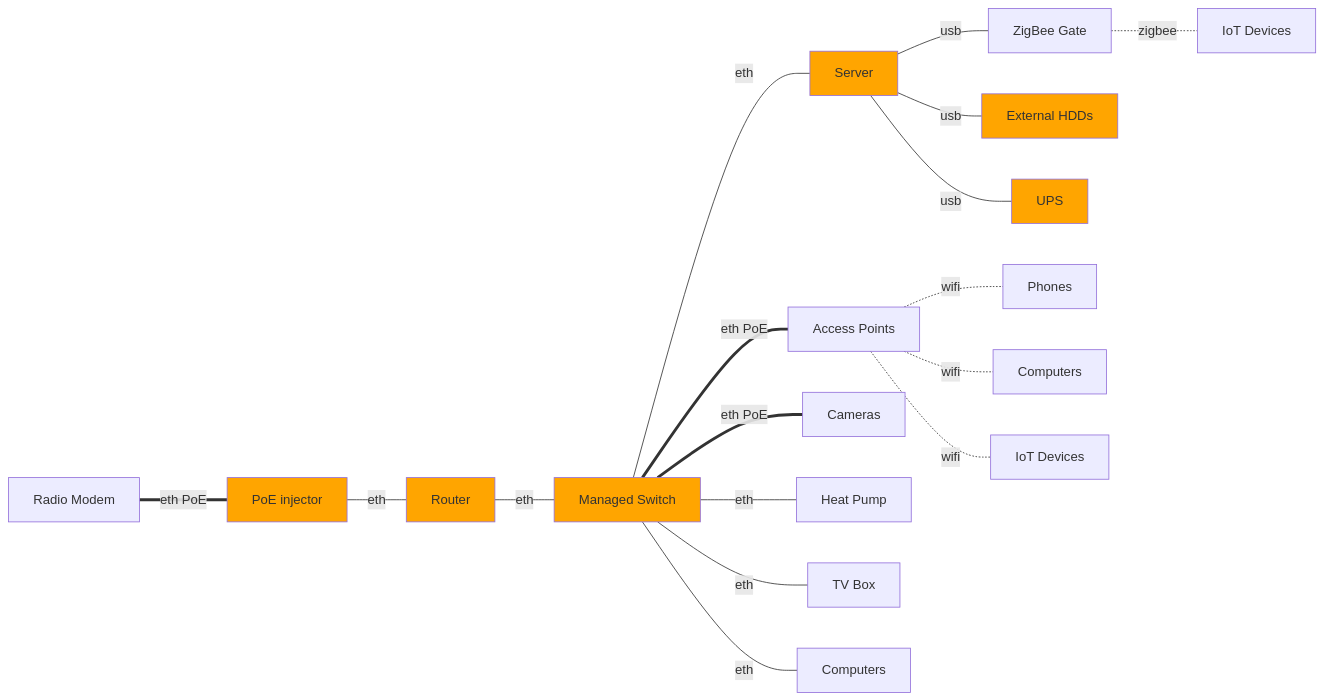
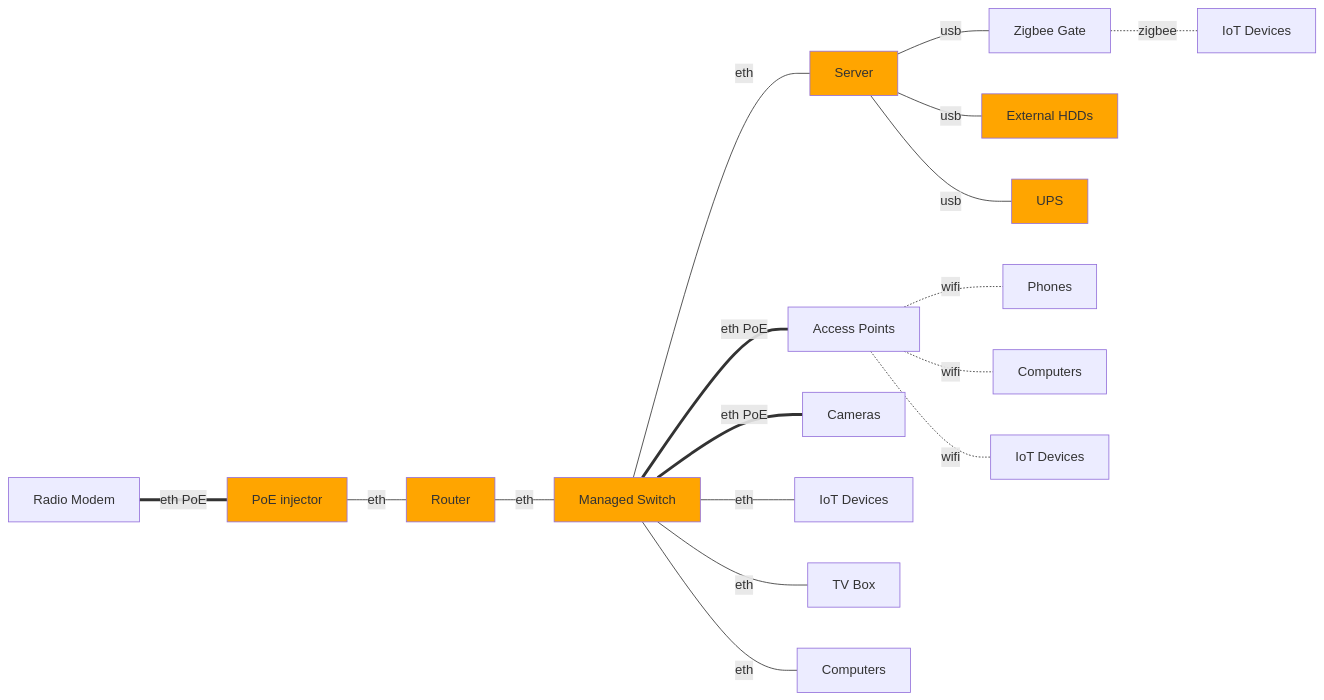
The diagram in _posts/2024-06-30-homlab-hardware.md (mkuthan/mkuthan.github.io), drawn with Mermaid before and after one commit. The commit also changed other lines of this file and 20 other files, not shown here.

````diff
--- a/_posts/2024-06-30-homlab-hardware.md
+++ b/_posts/2024-06-30-homlab-hardware.md
@@ -80,25 +88,25 @@
 ```mermaid
 flowchart LR
     modem[Radio Modem] == eth PoE === poe[PoE injector]:::rack
     poe -- eth --- router[Router]:::rack
     router -- eth --- switch[Managed Switch]:::rack
 
     switch -- eth --- server[Server]:::rack
     switch == eth PoE === aps[Access Points]
     switch == eth PoE === cameras[Cameras]
-    switch -- eth --- heatpump[Heat Pump]
+    switch -- eth --- iot_lan[IoT Devices]
     switch -- eth --- tv[TV Box]
     switch -- eth --- computers_eth[Computers]
 
-    server -- usb --- zigbee[ZigBee Gate]
+    server -- usb --- zigbee[Zigbee Gate]
     server -- usb --- hdds[External HDDs]:::rack
     server -- usb --- ups[UPS]:::rack
 
     aps -. wifi .- phones[Phones]
     aps -. wifi .- computers_wifi[Computers]
     aps -. wifi .- iot_wifi[IoT Devices]
 
     zigbee -. zigbee .- iot_zigbee[IoT Devices]
 
     classDef rack fill:Orange
 ```
````
